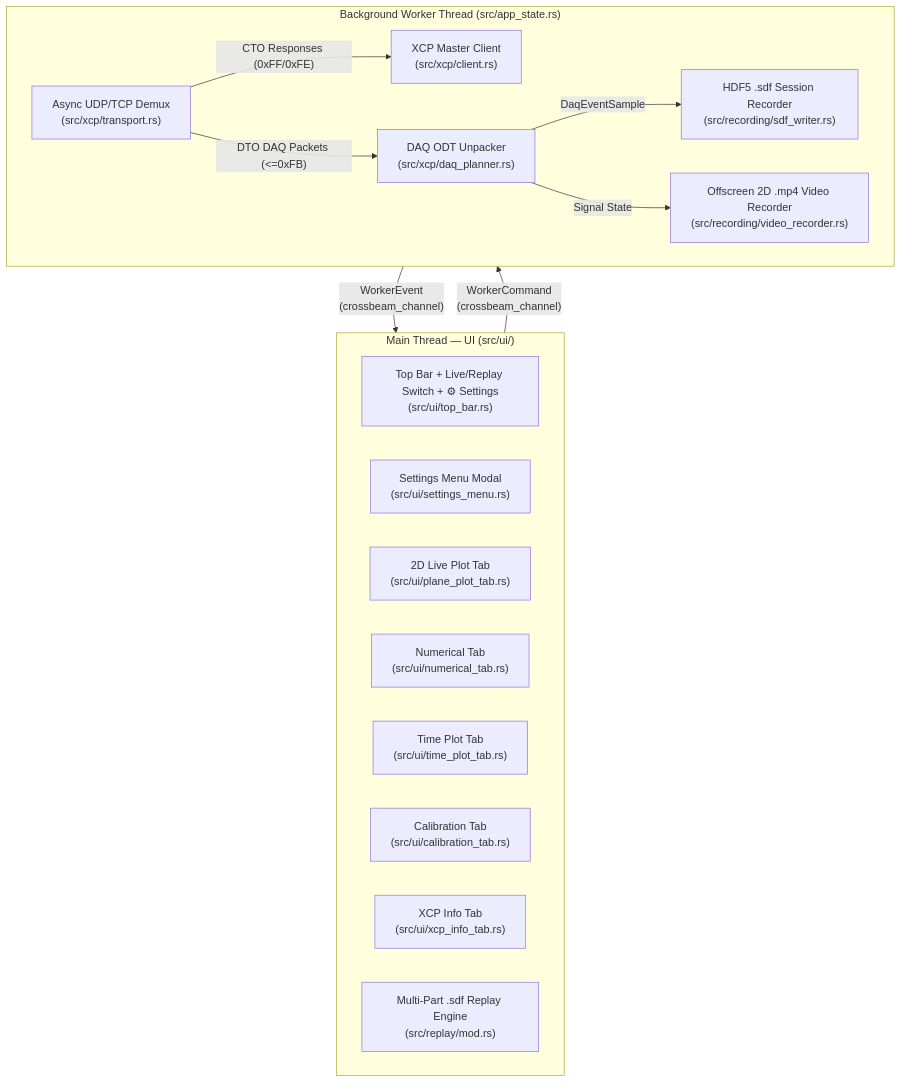
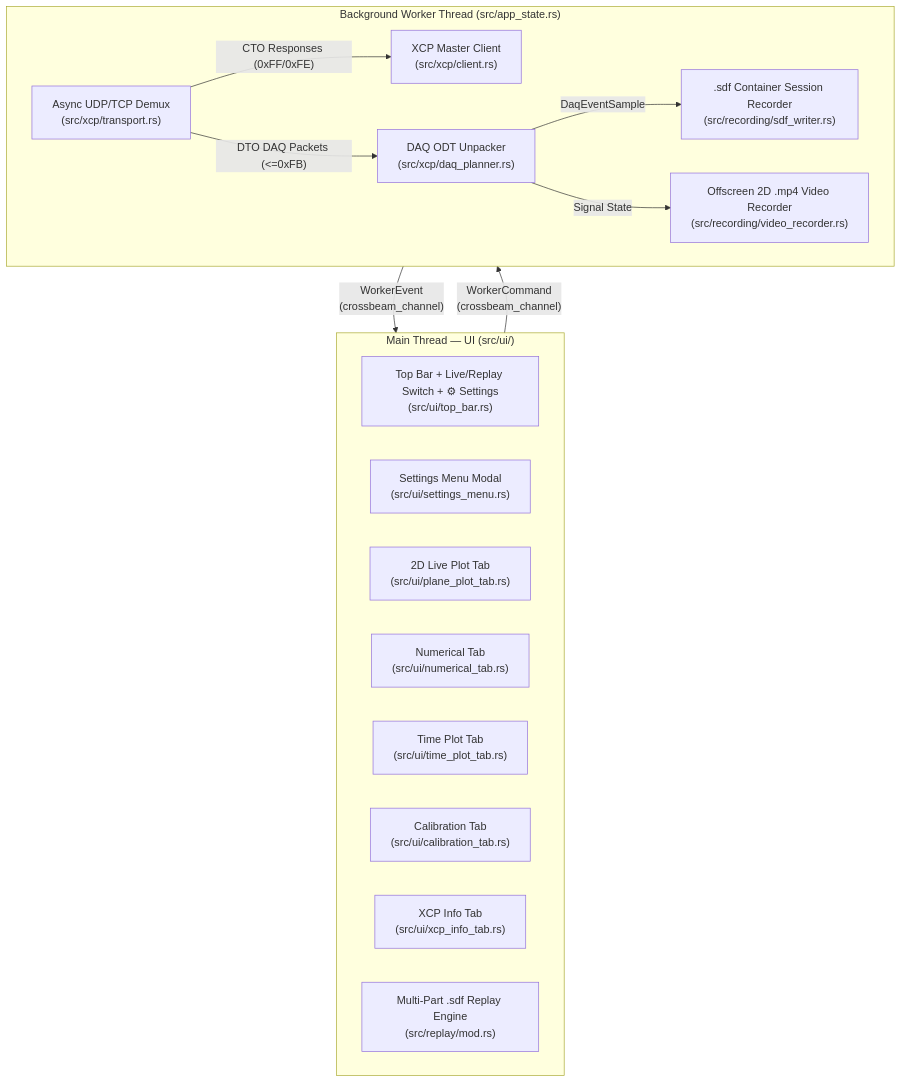
The diagram in docs/architecture.md (Ramin1886/Open_XCP_Client), drawn with Mermaid before and after one commit. The commit also changed other lines of this file and 53 other files, not shown here.

````diff
--- a/docs/architecture.md
+++ b/docs/architecture.md
@@ -9,28 +9,28 @@
 ```mermaid
 flowchart TB
     subgraph UIThread["Main Thread — UI (src/ui/)"]
         TopBar["Top Bar + Live/Replay Switch + ⚙ Settings\n(src/ui/top_bar.rs)"]
         SettingsModal["Settings Menu Modal\n(src/ui/settings_menu.rs)"]
         PlaneTab["2D Live Plot Tab\n(src/ui/plane_plot_tab.rs)"]
         NumTab["Numerical Tab\n(src/ui/numerical_tab.rs)"]
         TimeTab["Time Plot Tab\n(src/ui/time_plot_tab.rs)"]
         CalTab["Calibration Tab\n(src/ui/calibration_tab.rs)"]
         InfoTab["XCP Info Tab\n(src/ui/xcp_info_tab.rs)"]
         Replay["Multi-Part .sdf Replay Engine\n(src/replay/mod.rs)"]
     end
 
     subgraph WorkerThread["Background Worker Thread (src/app_state.rs)"]
         XcpClient["XCP Master Client\n(src/xcp/client.rs)"]
         Transport["Async UDP/TCP Demux\n(src/xcp/transport.rs)"]
         DaqPlanner["DAQ ODT Unpacker\n(src/xcp/daq_planner.rs)"]
-        SdfRecorder["HDF5 .sdf Session Recorder\n(src/recording/sdf_writer.rs)"]
+        SdfRecorder[".sdf Container Session Recorder\n(src/recording/sdf_writer.rs)"]
         Mp4Recorder["Offscreen 2D .mp4 Video Recorder\n(src/recording/video_recorder.rs)"]
     end
 
     UIThread -->|"WorkerCommand\n(crossbeam_channel)"| WorkerThread
     WorkerThread -->|"WorkerEvent\n(crossbeam_channel)"| UIThread
     Transport -->|"CTO Responses (0xFF/0xFE)"| XcpClient
     Transport -->|"DTO DAQ Packets (<=0xFB)"| DaqPlanner
     DaqPlanner -->|"DaqEventSample"| SdfRecorder
     DaqPlanner -->|"Signal State"| Mp4Recorder
 ```
````
